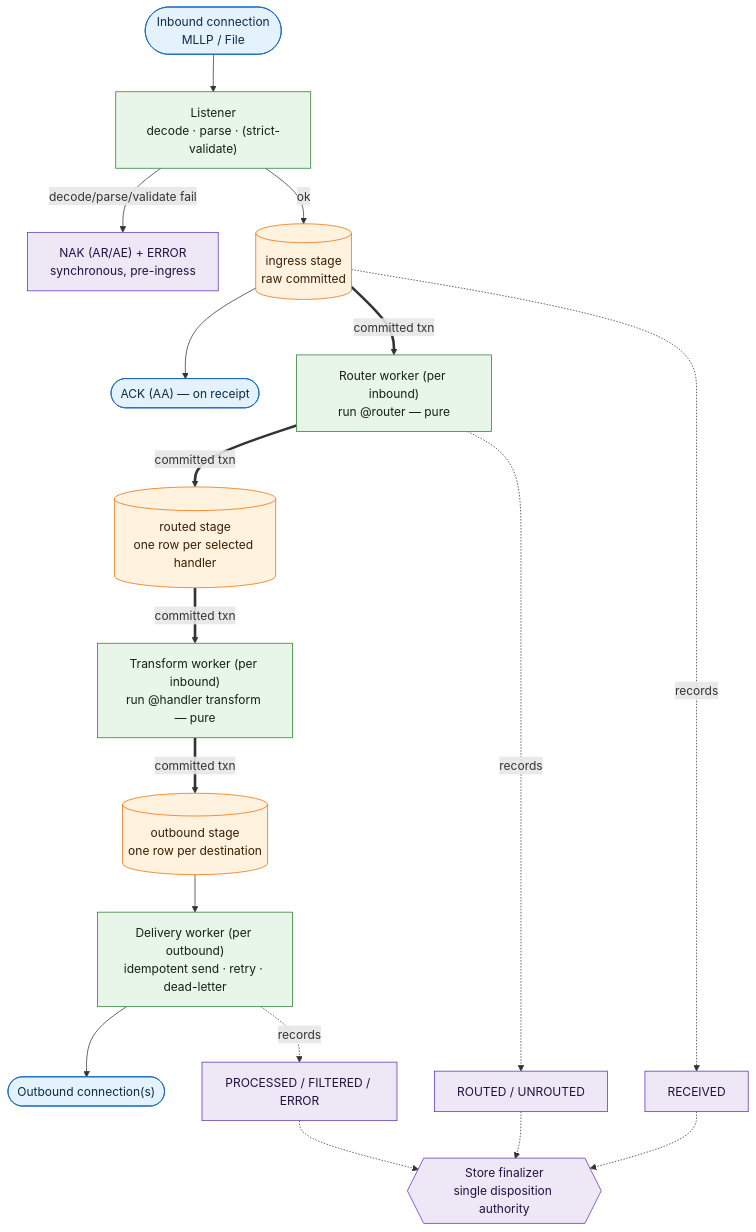
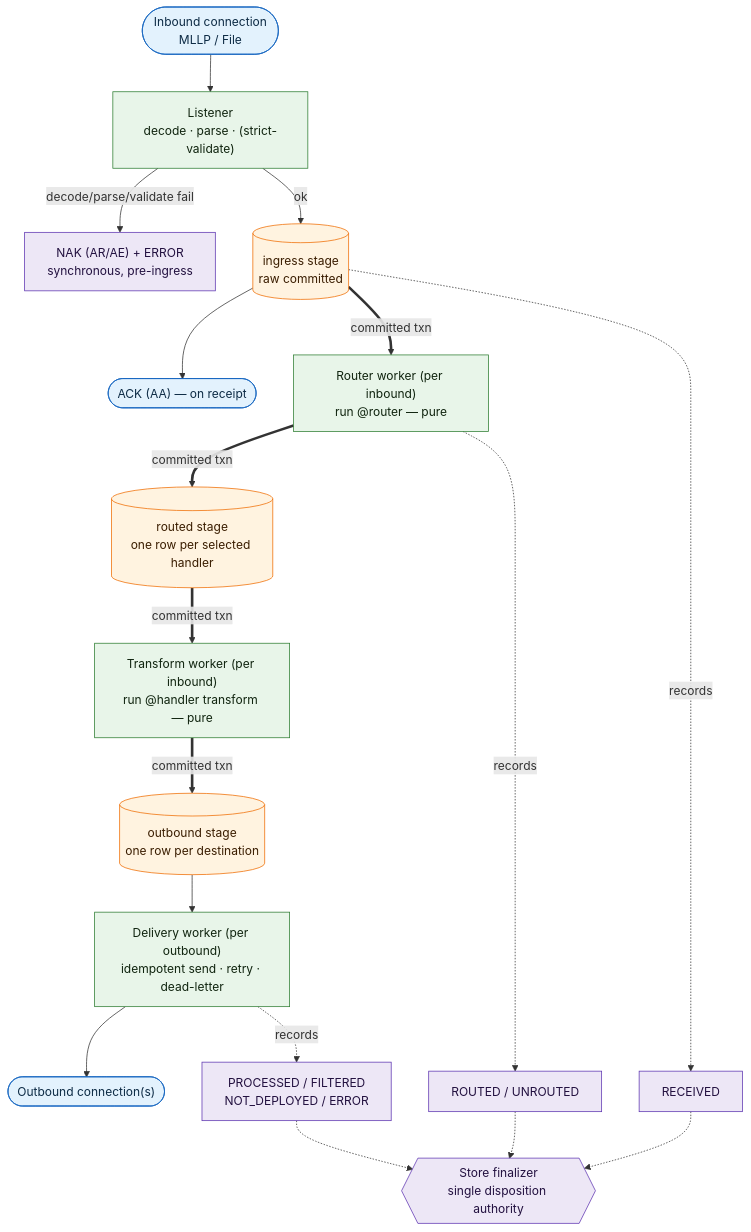
One commit to MEFORORG/MessageFoundry changed the second of 3 diagrams in docs/ARCHITECTURE.md. Above: the diagram before and after it, drawn with Mermaid. The commit also changed other lines of this file and 42 other files, not shown here.

````diff
--- a/docs/ARCHITECTURE.md
+++ b/docs/ARCHITECTURE.md
@@ -166,43 +181,43 @@
 ```mermaid
 flowchart TB
   classDef stage fill:#fff3e0,stroke:#ef6c00,color:#3a1d00;
   classDef worker fill:#e8f5e9,stroke:#2e7d32,color:#10240f;
   classDef disp fill:#ede7f6,stroke:#5e35b1,color:#22103f;
   classDef io fill:#e3f2fd,stroke:#1565c0,color:#0d2b45;
 
   SRC(["Inbound connection<br/>MLLP / File"]):::io
   LISTEN["Listener<br/>decode · parse · (strict-validate)"]:::worker
   NAK["NAK (AR/AE) + ERROR<br/>synchronous, pre-ingress"]:::disp
 
   ING[("ingress stage<br/>raw committed")]:::stage
   ACK(["ACK (AA) — on receipt"]):::io
   RW["Router worker (per inbound)<br/>run @router — pure"]:::worker
   ROUTED[("routed stage<br/>one row per selected handler")]:::stage
   TW["Transform worker (per inbound)<br/>run @handler transform — pure"]:::worker
   OUT[("outbound stage<br/>one row per destination")]:::stage
   DW["Delivery worker (per outbound)<br/>idempotent send · retry · dead-letter"]:::worker
   DEST(["Outbound connection(s)"]):::io
 
   FIN{{"Store finalizer<br/>single disposition authority"}}:::disp
   D1["RECEIVED"]:::disp
   D2["ROUTED / UNROUTED"]:::disp
-  D3["PROCESSED / FILTERED / ERROR"]:::disp
+  D3["PROCESSED / FILTERED<br/>NOT_DEPLOYED / ERROR"]:::disp
 
   SRC --> LISTEN
   LISTEN -->|"decode/parse/validate fail"| NAK
   LISTEN -->|"ok"| ING
   ING --> ACK
   ING ==>|"committed txn"| RW
   RW ==>|"committed txn"| ROUTED
   ROUTED ==>|"committed txn"| TW
   TW ==>|"committed txn"| OUT
   OUT --> DW
   DW --> DEST
 
   ING -.->|"records"| D1
   RW -.->|"records"| D2
   DW -.->|"records"| D3
   D1 -.-> FIN
   D2 -.-> FIN
   D3 -.-> FIN
 ```
````
